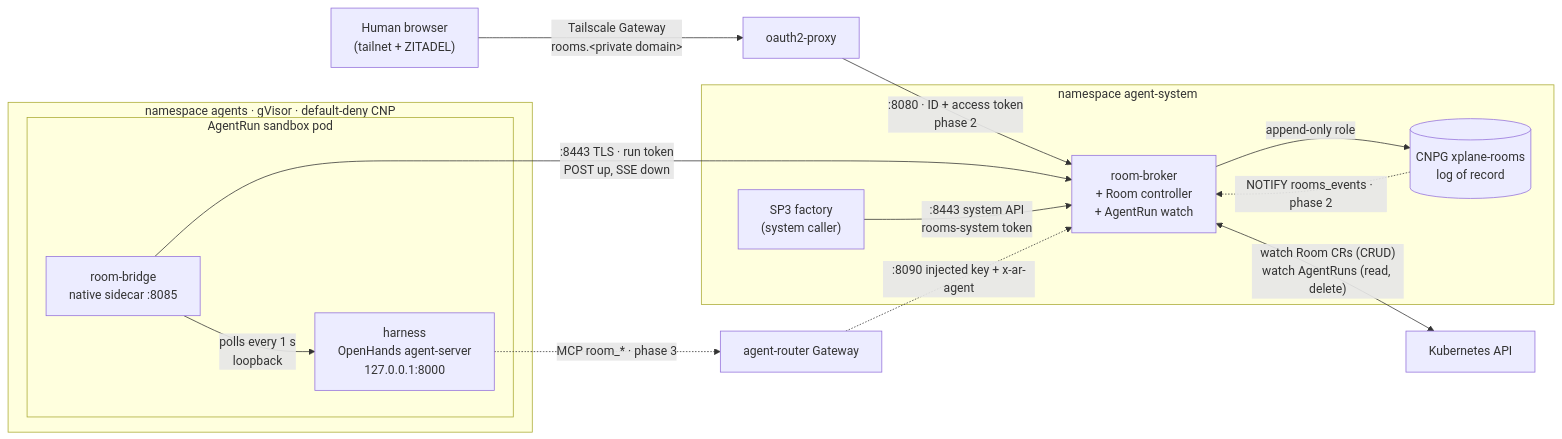
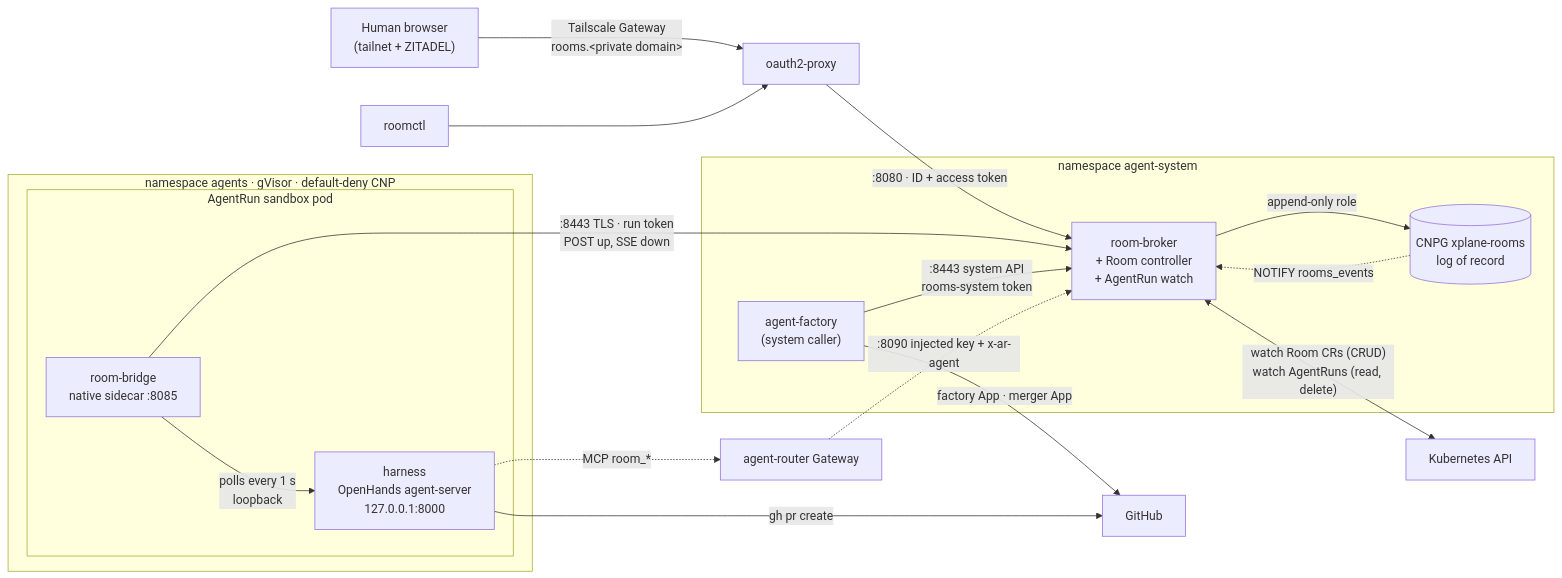
The first of 3 diagrams in docs/architecture.md (Smana/agent-platform), drawn with Mermaid before and after one commit. The commit also changed other lines of this file and 21 other files, not shown here.

````diff
--- a/docs/architecture.md
+++ b/docs/architecture.md
@@ -25,27 +31,31 @@
 ```mermaid
 flowchart LR
   human["Human browser<br/>(tailnet + ZITADEL)"] -->|"Tailscale Gateway<br/>rooms.&lt;private domain&gt;"| proxy["oauth2-proxy"]
-  proxy -->|":8080 · ID + access token<br/>phase 2"| broker
+  cli["roomctl"] --> proxy
+  proxy -->|":8080 · ID + access token"| broker
+  gh["GitHub"]
 
   subgraph agents["namespace agents · gVisor · default-deny CNP"]
     subgraph pod["AgentRun sandbox pod"]
       harness["harness<br/>OpenHands agent-server<br/>127.0.0.1:8000"]
       bridge["room-bridge<br/>native sidecar :8085"]
       bridge -->|"polls every 1 s<br/>loopback"| harness
     end
   end
   bridge -->|":8443 TLS · run token<br/>POST up, SSE down"| broker
+  harness -->|"gh pr create"| gh
 
   subgraph sys["namespace agent-system"]
+    factory["agent-factory<br/>(system caller)"]
     broker["room-broker<br/>+ Room controller<br/>+ AgentRun watch"]
     pg[("CNPG xplane-rooms<br/>log of record")]
-    factory["SP3 factory<br/>(system caller)"]
   end
   factory -->|":8443 system API<br/>rooms-system token"| broker
-  harness -.->|"MCP room_* · phase 3"| router["agent-router Gateway"]
+  factory -->|"factory App · merger App"| gh
+  harness -.->|"MCP room_*"| router["agent-router Gateway"]
   router -.->|":8090 injected key + x-ar-agent"| broker
 
   broker -->|"append-only role"| pg
-  pg -.->|"NOTIFY rooms_events · phase 2"| broker
+  pg -.->|"NOTIFY rooms_events"| broker
   broker <-->|"watch Room CRs (CRUD)<br/>watch AgentRuns (read, delete)"| kube["Kubernetes API"]
 ```
````
